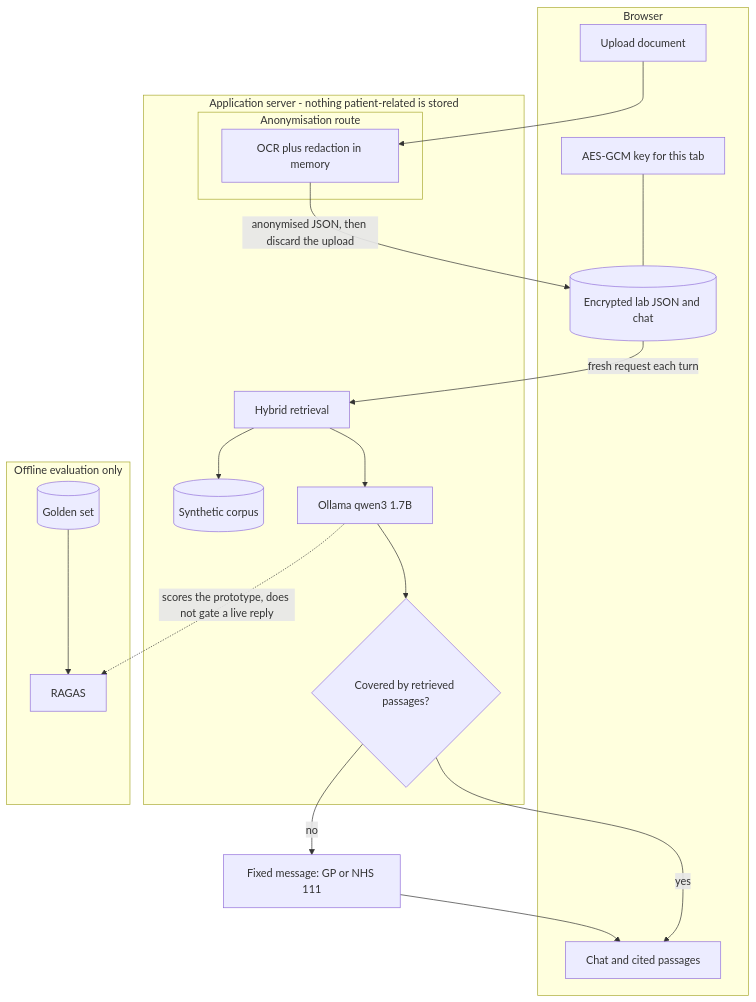
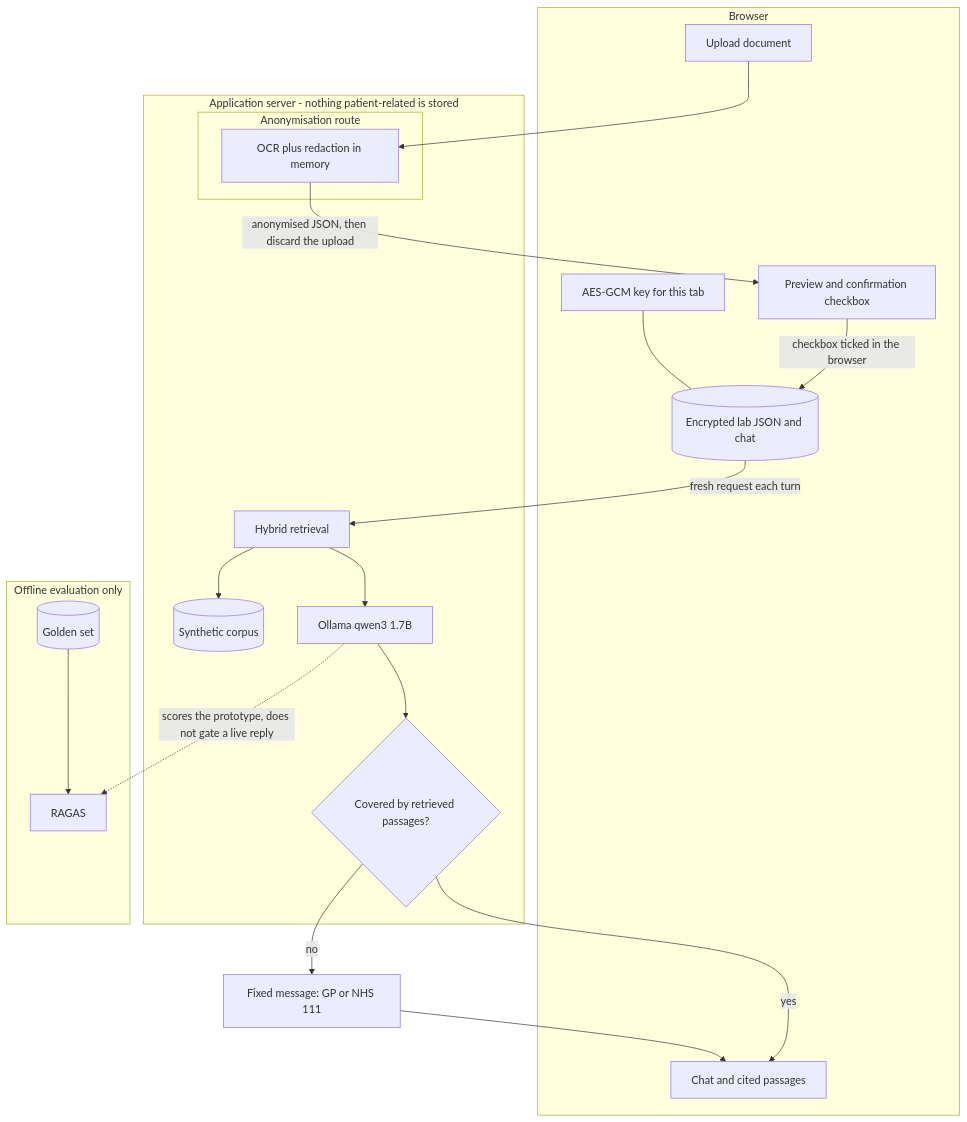
The first of 5 diagrams in README.md (ramy-glitch/CarePath_AI), drawn with Mermaid before and after one commit. The commit also changed other lines of this file, not shown here.

````diff
--- a/README.md
+++ b/README.md
@@ -21,37 +22,39 @@
 ```mermaid
 flowchart TB
   subgraph browserBox [Browser]
     upload[Upload document]
+    preview[Preview and confirmation checkbox]
     files[("Encrypted lab JSON and chat")]
     key[AES-GCM key for this tab]
     ui[Chat and cited passages]
   end
 
   subgraph serverBox [Application server - nothing patient-related is stored]
     subgraph redactBox [Anonymisation route]
       extract[OCR plus redaction in memory]
     end
     retrieve[Hybrid retrieval]
     corpus[("Synthetic corpus")]
     llm[Ollama qwen3 1.7B]
     gate{Covered by retrieved passages?}
   end
 
   subgraph evalBox [Offline evaluation only]
     ragas[RAGAS]
     golden[("Golden set")]
   end
 
   upload --> extract
-  extract -->|"anonymised JSON, then discard the upload"| files
+  extract -->|"anonymised JSON, then discard the upload"| preview
+  preview -->|"checkbox ticked in the browser"| files
   key --- files
   files -->|"fresh request each turn"| retrieve
   retrieve --> corpus
   retrieve --> llm
   llm --> gate
   gate -->|yes| ui
   gate -->|no| fixedMsg[Fixed message: GP or NHS 111]
   fixedMsg --> ui
   llm -.->|"scores the prototype, does not gate a live reply"| ragas
   golden --> ragas
 ```
````
